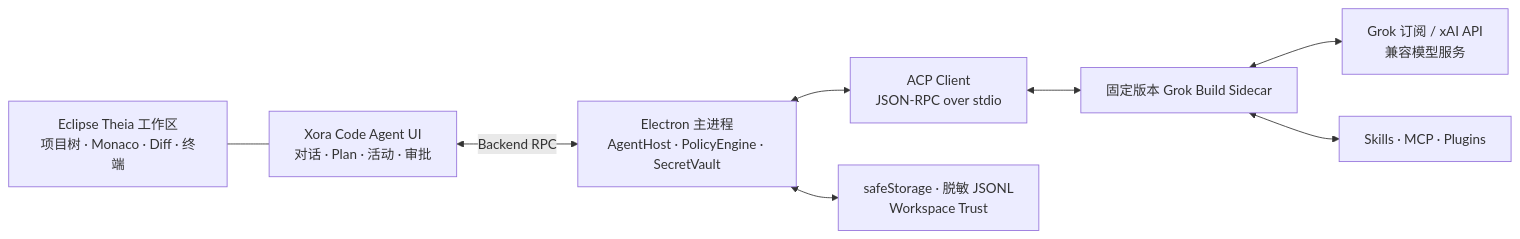
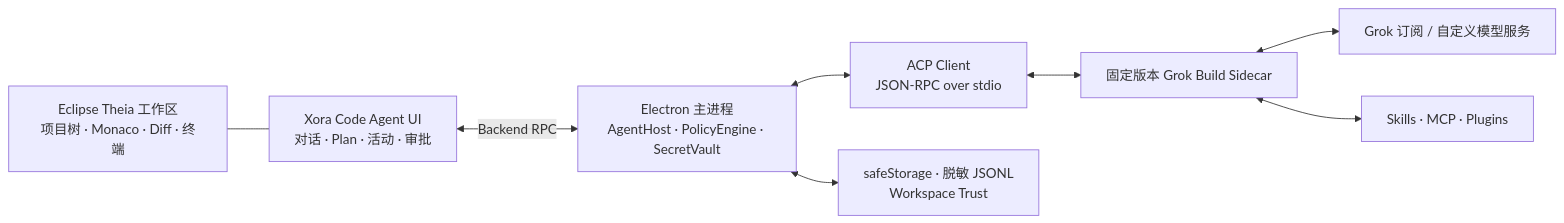
One commit to WhiteNightShadow/xora-code changed the diagram in README.md. Above: the diagram before and after it, drawn with Mermaid. The commit also changed other lines of this file and 76 other files, not shown here.

````diff
--- a/README.md
+++ b/README.md
@@ -80,19 +81,19 @@
 ```mermaid
 flowchart LR
     UI["Eclipse Theia 工作区<br/>项目树 · Monaco · Diff · 终端"]
     Agent["Xora Code Agent UI<br/>对话 · Plan · 活动 · 审批"]
     Main["Electron 主进程<br/>AgentHost · PolicyEngine · SecretVault"]
     ACP["ACP Client<br/>JSON-RPC over stdio"]
     Grok["固定版本 Grok Build Sidecar"]
-    Model["Grok 订阅 / xAI API<br/>兼容模型服务"]
+    Model["Grok 订阅 / 自定义模型服务"]
     Ext["Skills · MCP · Plugins"]
     Local["safeStorage · 脱敏 JSONL<br/>Workspace Trust"]
 
     UI --- Agent
     Agent <-->|Backend RPC| Main
     Main <--> ACP
     ACP <--> Grok
     Grok <--> Model
     Grok <--> Ext
     Main <--> Local
 ```
````
